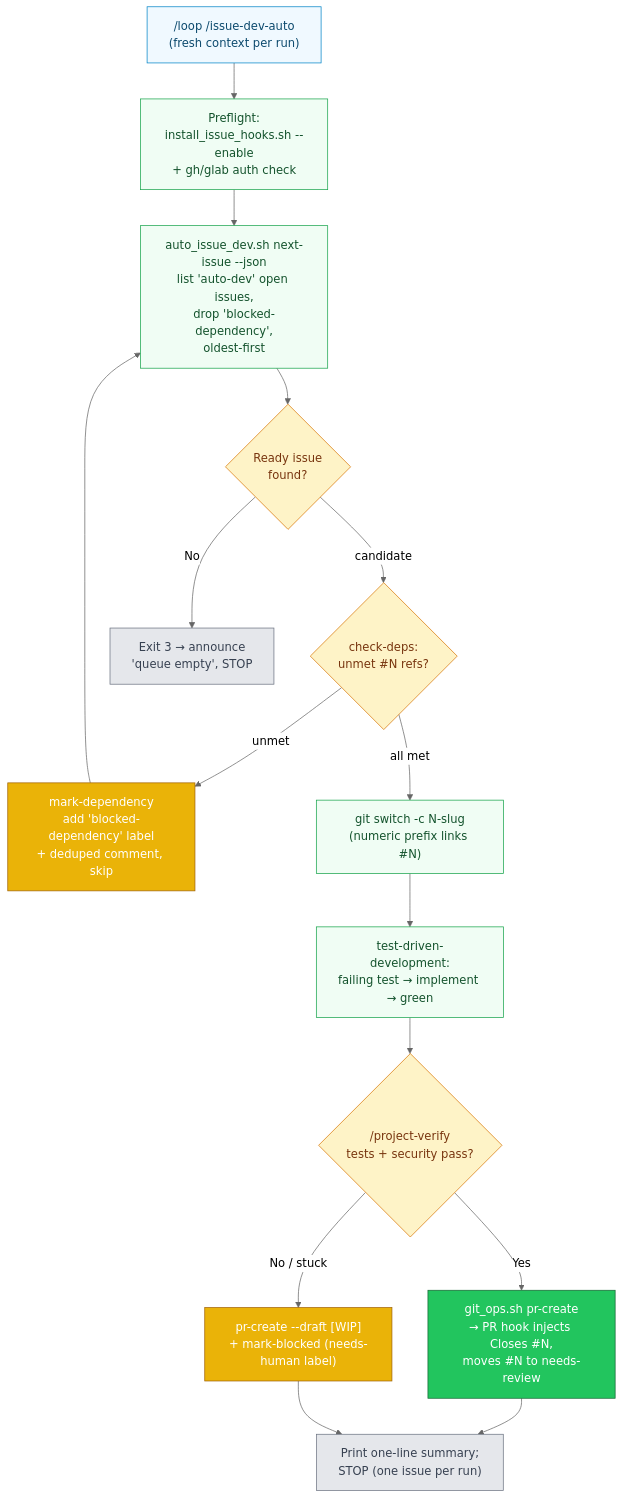
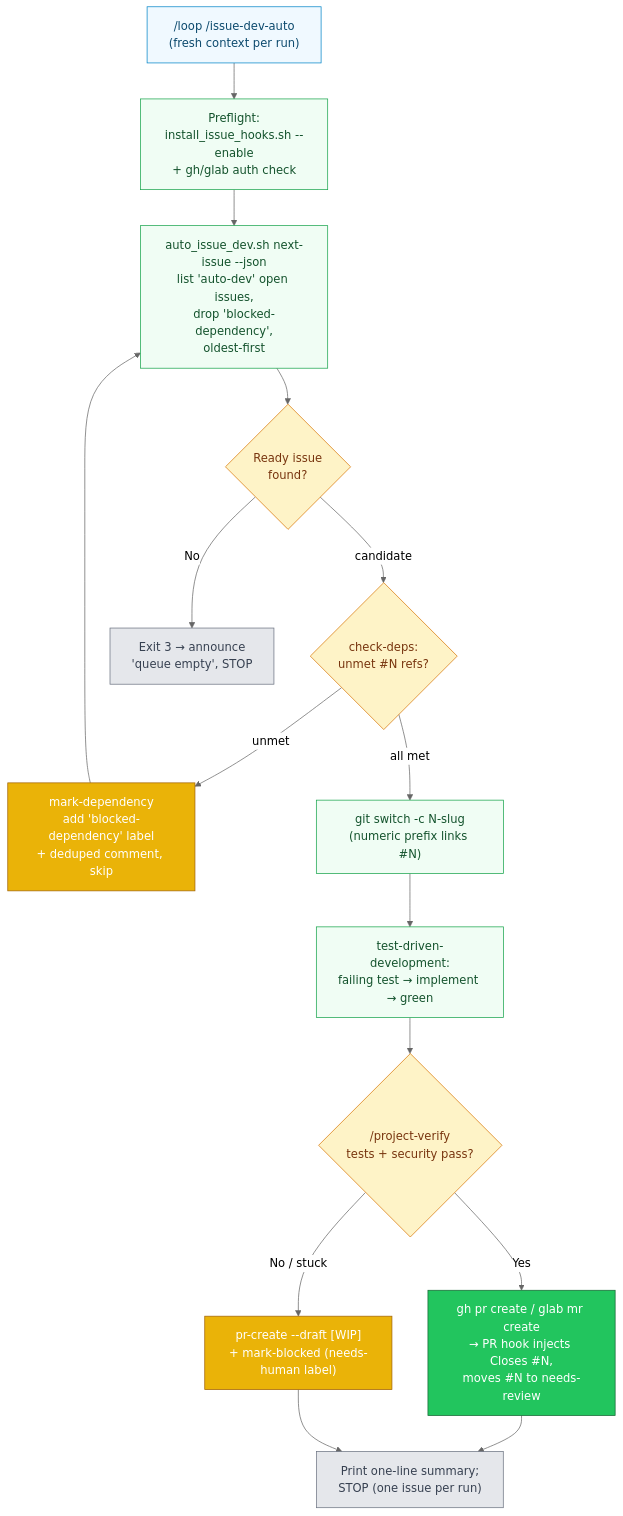
Before and after one commit to RB-chrismandich/Manifest: the third of 3 diagrams in docs/diagrams/issues.md, drawn with Mermaid. The commit also changed other lines of this file and 158 other files, not shown here.

````diff
--- a/docs/diagrams/issues.md
+++ b/docs/diagrams/issues.md
@@ -180,41 +180,41 @@
 ```mermaid
 %%{init: {'theme':'neutral'}}%%
 flowchart TD
     classDef input fill:#f0f9ff,stroke:#0284c7,color:#0c4a6e
     classDef process fill:#f0fdf4,stroke:#16a34a,color:#14532d
     classDef decision fill:#fef3c7,stroke:#d97706,color:#78350f
     classDef success fill:#22c55e,stroke:#166534,color:#fff
     classDef warning fill:#eab308,stroke:#a16207,color:#fff
     classDef stop fill:#e5e7eb,stroke:#6b7280,color:#374151
 
     LOOP["/loop /issue-dev-auto<br/>(fresh context per run)"]:::input
     PREFLIGHT["Preflight:<br/>install_issue_hooks.sh --enable<br/>+ gh/glab auth check"]:::process
 
     NEXT["auto_issue_dev.sh next-issue --json<br/>list 'auto-dev' open issues,<br/>drop 'blocked-dependency',<br/>oldest-first"]:::process
     DEPCHECK{"check-deps:<br/>unmet #N refs?"}:::decision
     MARK_DEP["mark-dependency<br/>add 'blocked-dependency' label<br/>+ deduped comment, skip"]:::warning
 
     READY{"Ready issue<br/>found?"}:::decision
     STOP_EMPTY["Exit 3 → announce<br/>'queue empty', STOP"]:::stop
 
     BRANCH["git switch -c N-slug<br/>(numeric prefix links #N)"]:::process
     TDD["test-driven-development:<br/>failing test → implement → green"]:::process
     VERIFY{"/project-verify<br/>tests + security pass?"}:::decision
 
-    PR["git_ops.sh pr-create<br/>→ PR hook injects Closes #N,<br/>moves #N to needs-review"]:::success
+    PR["gh pr create / glab mr create<br/>→ PR hook injects Closes #N,<br/>moves #N to needs-review"]:::success
     DRAFT["pr-create --draft [WIP]<br/>+ mark-blocked (needs-human label)"]:::warning
     SUMMARY["Print one-line summary;<br/>STOP (one issue per run)"]:::stop
 
     LOOP --> PREFLIGHT --> NEXT
     NEXT --> READY
     READY -->|No| STOP_EMPTY
     READY -->|candidate| DEPCHECK
     DEPCHECK -->|unmet| MARK_DEP
     MARK_DEP --> NEXT
     DEPCHECK -->|all met| BRANCH
     BRANCH --> TDD --> VERIFY
     VERIFY -->|Yes| PR
     VERIFY -->|No / stuck| DRAFT
     PR --> SUMMARY
     DRAFT --> SUMMARY
 ```
````
